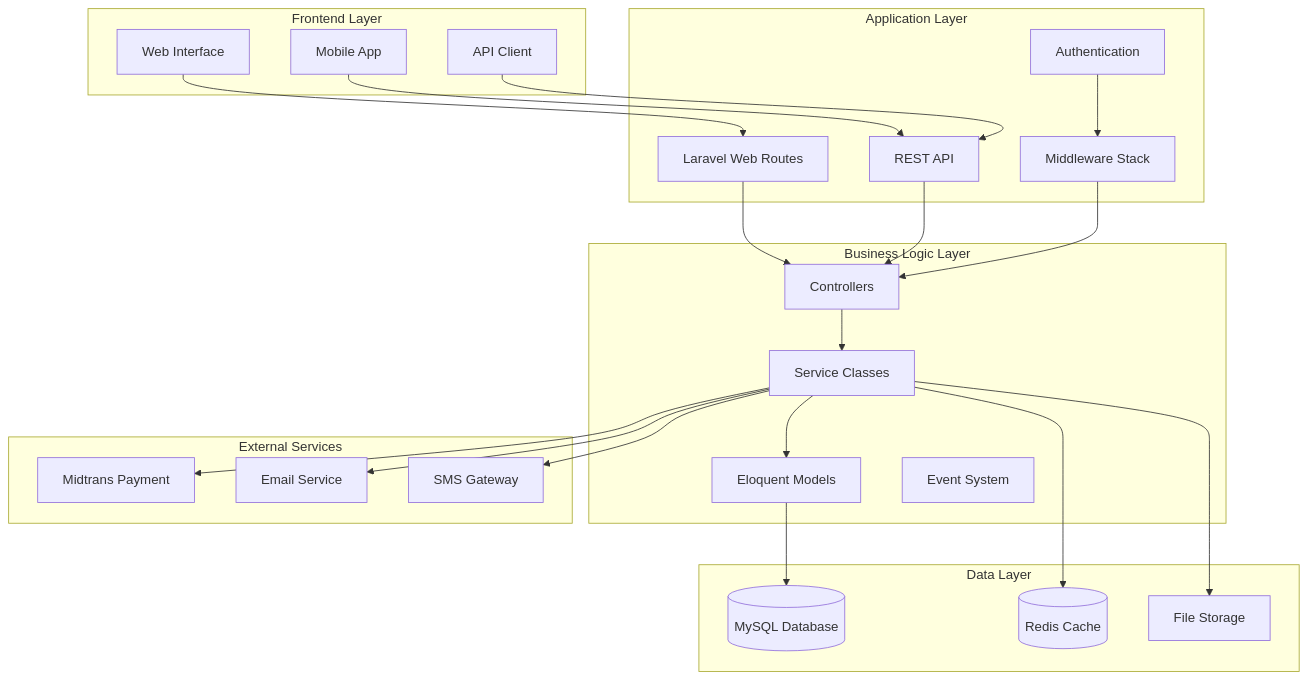
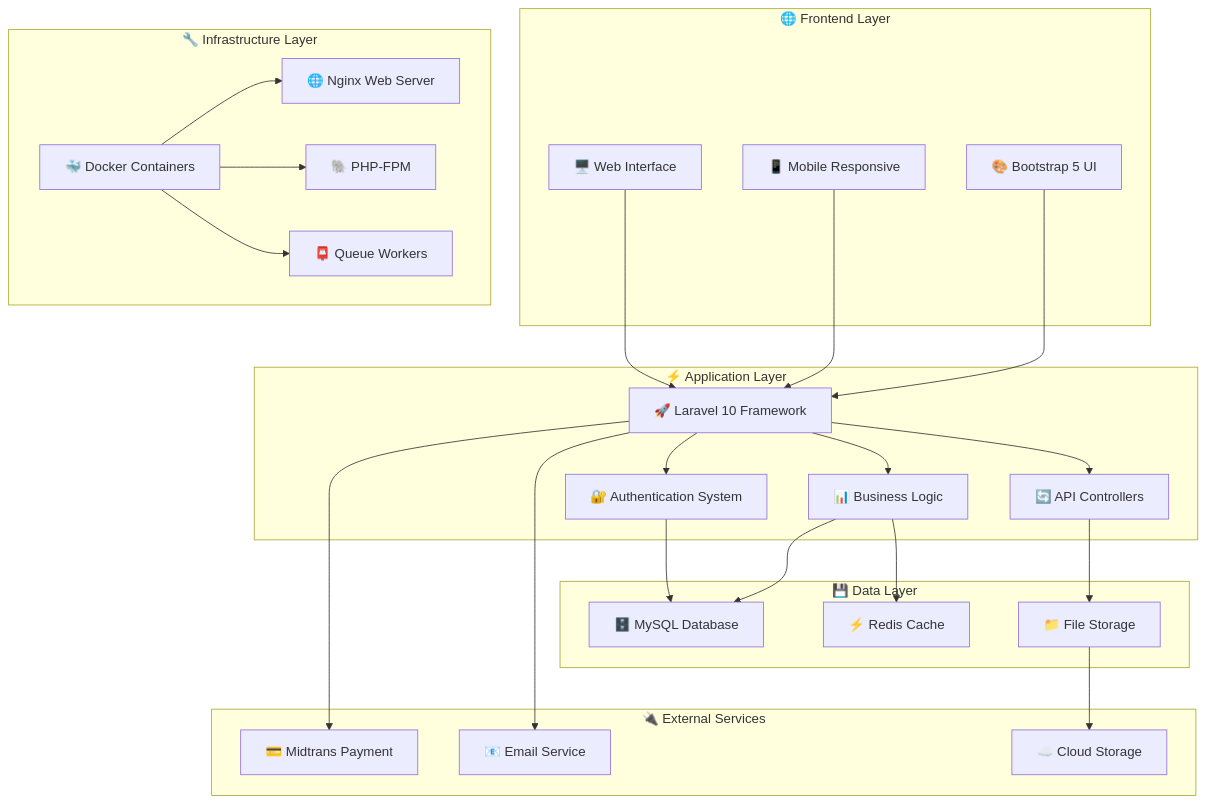
Before and after one commit to el-pablos/caturnawa-uf-2025: the second of 5 diagrams in README.md, drawn with Mermaid. The commit also changed other lines of this file and 1 other file, not shown here.

````diff
--- a/README.md
+++ b/README.md
@@ -146,54 +197,51 @@
 ```mermaid
 graph TB
-    subgraph "Frontend Layer"
-        UI[Web Interface]
-        Mobile[Mobile App]
-        API_Client[API Client]
+    subgraph "🌐 Frontend Layer"
+        A[🖥️ Web Interface]
+        B[📱 Mobile Responsive]
+        C[🎨 Bootstrap 5 UI]
     end
-    
-    subgraph "Application Layer"
-        Web[Laravel Web Routes]
-        API[REST API]
-        Auth[Authentication]
-        Middleware[Middleware Stack]
+
+    subgraph "⚡ Application Layer"
+        D[🚀 Laravel 10 Framework]
+        E[🔐 Authentication System]
+        F[📊 Business Logic]
+        G[🔄 API Controllers]
     end
-    
-    subgraph "Business Logic Layer"
-        Controllers[Controllers]
-        Services[Service Classes]
-        Models[Eloquent Models]
-        Events[Event System]
+
+    subgraph "💾 Data Layer"
+        H[🗄️ MySQL Database]
+        I[⚡ Redis Cache]
+        J[📁 File Storage]
     end
-    
-    subgraph "Data Layer"
-        MySQL[(MySQL Database)]
-        Redis[(Redis Cache)]
-        Storage[File Storage]
+
+    subgraph "🔧 Infrastructure Layer"
+        K[🐳 Docker Containers]
+        L[🌐 Nginx Web Server]
+        M[🐘 PHP-FPM]
+        N[📮 Queue Workers]
     end
-    
-    subgraph "External Services"
-        Midtrans[Midtrans Payment]
-        Email[Email Service]
-        SMS[SMS Gateway]
+
+    subgraph "🔌 External Services"
+        O[💳 Midtrans Payment]
+        P[📧 Email Service]
+        Q[☁️ Cloud Storage]
     end
-    
-    UI --> Web
-    Mobile --> API
-    API_Client --> API
-    
-    Web --> Controllers
-    API --> Controllers
-    
-    Controllers --> Services
-    Services --> Models
-    Models --> MySQL
-    
-    Services --> Redis
-    Services --> Storage
-    Services --> Midtrans
-    Services --> Email
-    Services --> SMS
-    
-    Auth --> Middleware
-    Middleware --> Controllers
+
+    A --> D
+    B --> D
+    C --> D
+    D --> E
+    D --> F
+    D --> G
+    E --> H
+    F --> H
+    F --> I
+    G --> J
+    K --> L
+    K --> M
+    K --> N
+    D --> O
+    D --> P
+    J --> Q
 ```
````
